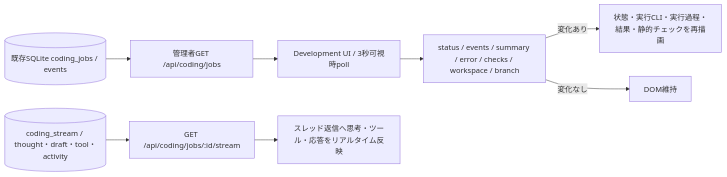
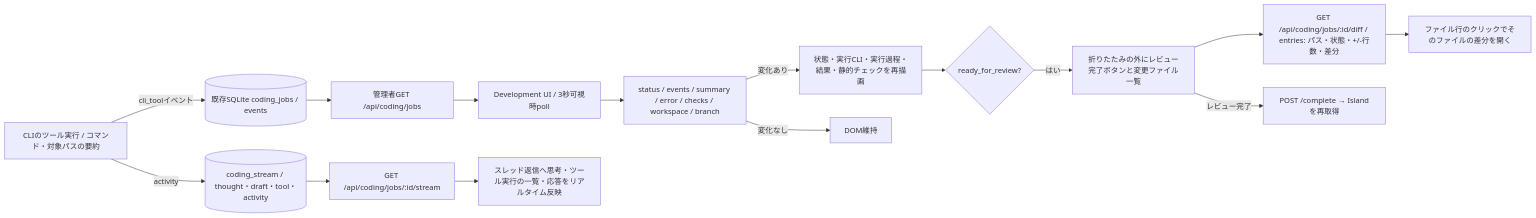
One commit to Soso2e/PETIT changed diagram 17 of 46 in docs/runtime-flows.md. Above: the diagram before and after it, drawn with Mermaid. The commit also changed other lines of this file and 15 other files, not shown here.

````diff
--- a/docs/runtime-flows.md
+++ b/docs/runtime-flows.md
@@ -375,10 +375,17 @@
 ```mermaid
 flowchart LR
     DB[(既存SQLite coding_jobs / events)] --> API[管理者GET /api/coding/jobs]
     Stream[(coding_stream / thought・draft・tool・activity)] --> SSE[GET /api/coding/jobs/:id/stream]
     API --> Poll[Development UI / 3秒可視時poll]
-    SSE --> Live[スレッド返信へ思考・ツール・応答をリアルタイム反映]
+    Native[CLIのツール実行 / コマンド・対象パスの要約] -->|activity| Stream
+    Native -->|cli_toolイベント| DB
+    SSE --> Live[スレッド返信へ思考・ツール実行の一覧・応答をリアルタイム反映]
     Poll --> Signature[status / events / summary / error / checks / workspace / branch]
     Signature -->|変化あり| Render[状態・実行CLI・実行過程・結果・静的チェックを再描画]
     Signature -->|変化なし| Keep[DOM維持]
+    Render --> Review{ready_for_review?}
+    Review -->|はい| Bar[折りたたみの外にレビュー完了ボタンと変更ファイル一覧]
+    Bar --> Diff[GET /api/coding/jobs/:id/diff / entries: パス・状態・+/-行数・差分]
+    Diff --> Open[ファイル行のクリックでそのファイルの差分を開く]
+    Bar -->|レビュー完了| Complete[POST /complete → Islandを再取得]
 ```
````
